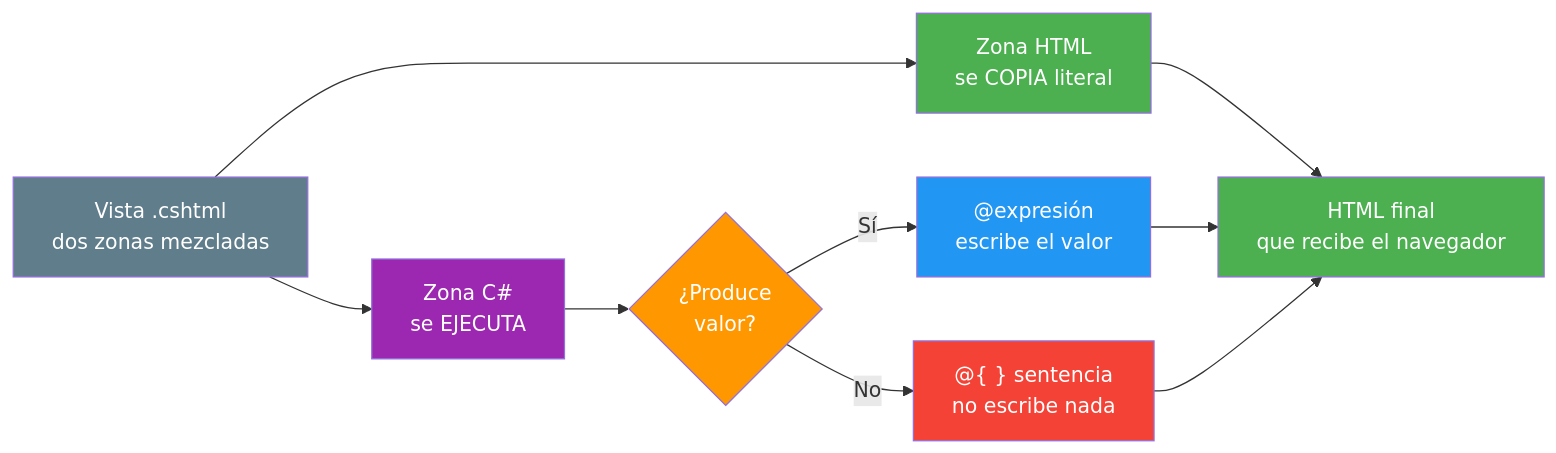
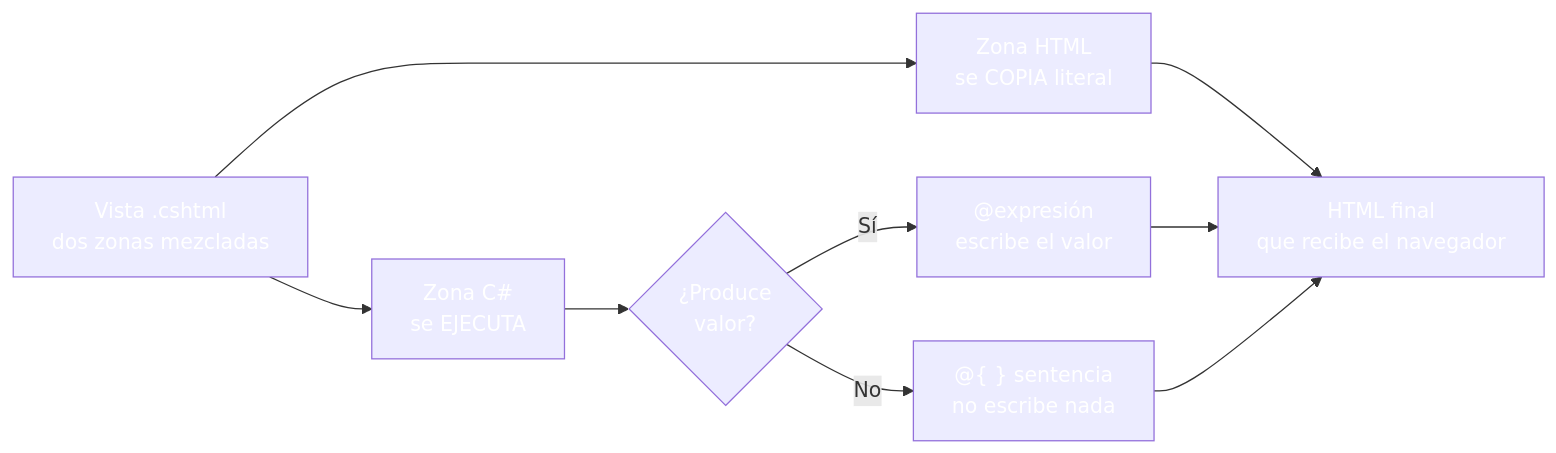
One commit to joseluisgs/DesarrolloWebEntornosServidor-03-2026-2027 changed the second of 6 diagrams in 02-directivas-sintaxis.md. Above: the diagram before and after it, drawn with Mermaid. The commit also changed other lines of this file and 30 other files, not shown here.

````diff
--- a/02-directivas-sintaxis.md
+++ b/02-directivas-sintaxis.md
@@ -197,21 +197,21 @@
 ```mermaid
 graph LR
     A["Vista .cshtml<br/>dos zonas mezcladas"] --> B["Zona HTML<br/>se COPIA literal"]
     A --> C["Zona C#<br/>se EJECUTA"]
 
     C --> D{"¿Produce<br/>valor?"}
     D -->|"Sí"| E["@expresión<br/>escribe el valor"]
     D -->|"No"| F["@{ } sentencia<br/>no escribe nada"]
 
     B --> G["HTML final<br/>que recibe el navegador"]
     E --> G
     F --> G
 
-    style A fill:#607D8B,color:#fff
-    style B fill:#4CAF50,color:#fff
-    style C fill:#9C27B0,color:#fff
-    style D fill:#FF9800,color:#fff
-    style E fill:#2196F3,color:#fff
-    style F fill:#f44336,color:#fff
-    style G fill:#4CAF50,color:#fff
+    style A fill:#607D8,color:#fffB,color:#fff
+    style B fill:#4CAF5,color:#fff0,color:#fff
+    style C fill:#9C27B,color:#fff0,color:#fff
+    style D fill:#FF980,color:#fff0,color:#fff
+    style E fill:#2196F,color:#fff3,color:#fff
+    style F fill:#f4433,color:#fff6,color:#fff
+    style G fill:#4CAF5,color:#fff0,color:#fff
 ```
````
